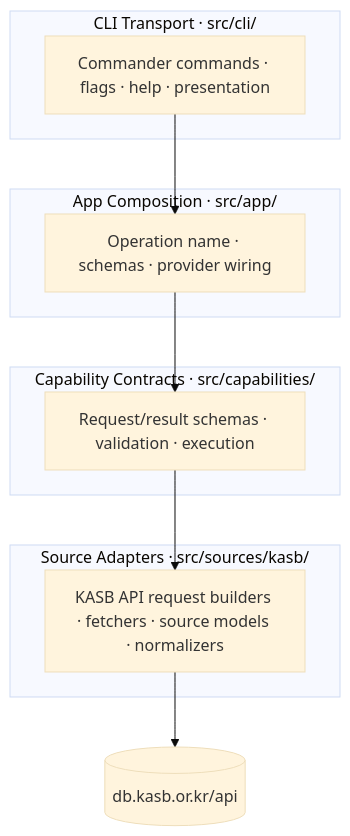
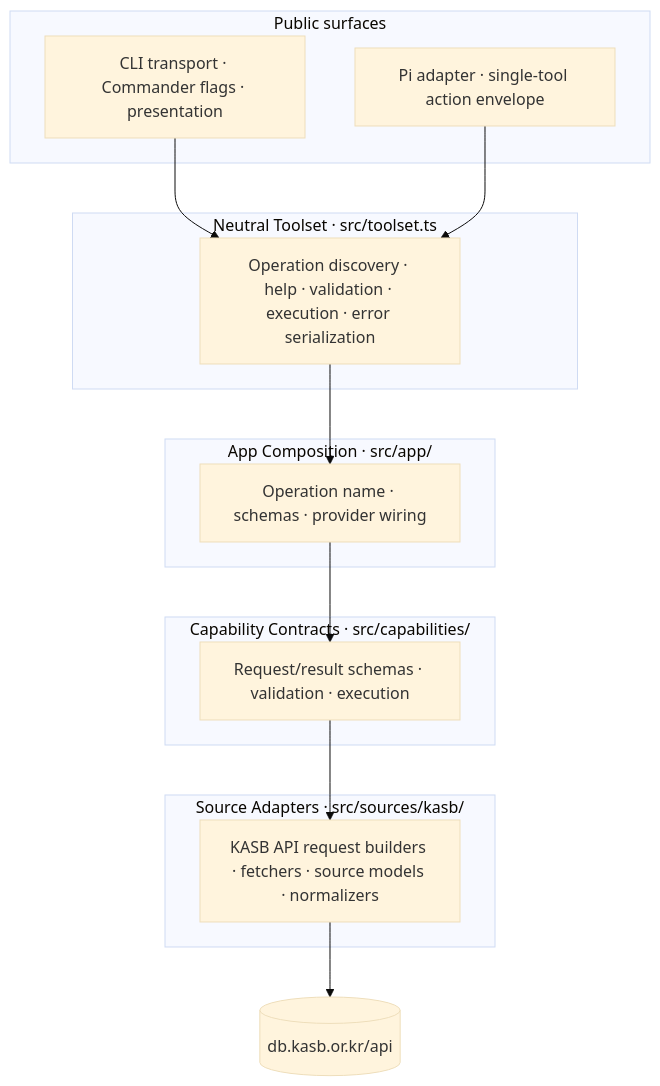
One commit to cpaikr/kasb changed the first of 2 diagrams in ARCHITECTURE.md. Above: the diagram before and after it, drawn with Mermaid (base theme). The commit also changed other lines of this file and 21 other files, not shown here.

First line of the commit message:
feat: expose KASB tool package surfaces

````diff
--- a/ARCHITECTURE.md
+++ b/ARCHITECTURE.md
@@ -31,23 +31,30 @@
 ```mermaid
 graph TD
-    subgraph CLI["CLI Transport · src/cli/"]
-        CMD["Commander commands · flags · help · presentation"]
+    subgraph Host["Public surfaces"]
+        CMD["CLI transport · Commander flags · presentation"]
+        PI["Pi adapter · single-tool action envelope"]
+    end
+
+    subgraph Toolset["Neutral Toolset · src/toolset.ts"]
+        TOOL["Operation discovery · help · validation · execution · error serialization"]
     end
 
     subgraph App["App Composition · src/app/"]
         APP["Operation name · schemas · provider wiring"]
     end
 
     subgraph Cap["Capability Contracts · src/capabilities/"]
         CAP["Request/result schemas · validation · execution"]
     end
 
     subgraph Src["Source Adapters · src/sources/kasb/"]
         SRC["KASB API request builders · fetchers · source models · normalizers"]
     end
 
-    CMD --> APP
+    CMD --> TOOL
+    PI --> TOOL
+    TOOL --> APP
     APP --> CAP
     CAP --> SRC
     SRC --> KASB[("db.kasb.or.kr/api")]
 ```
````
